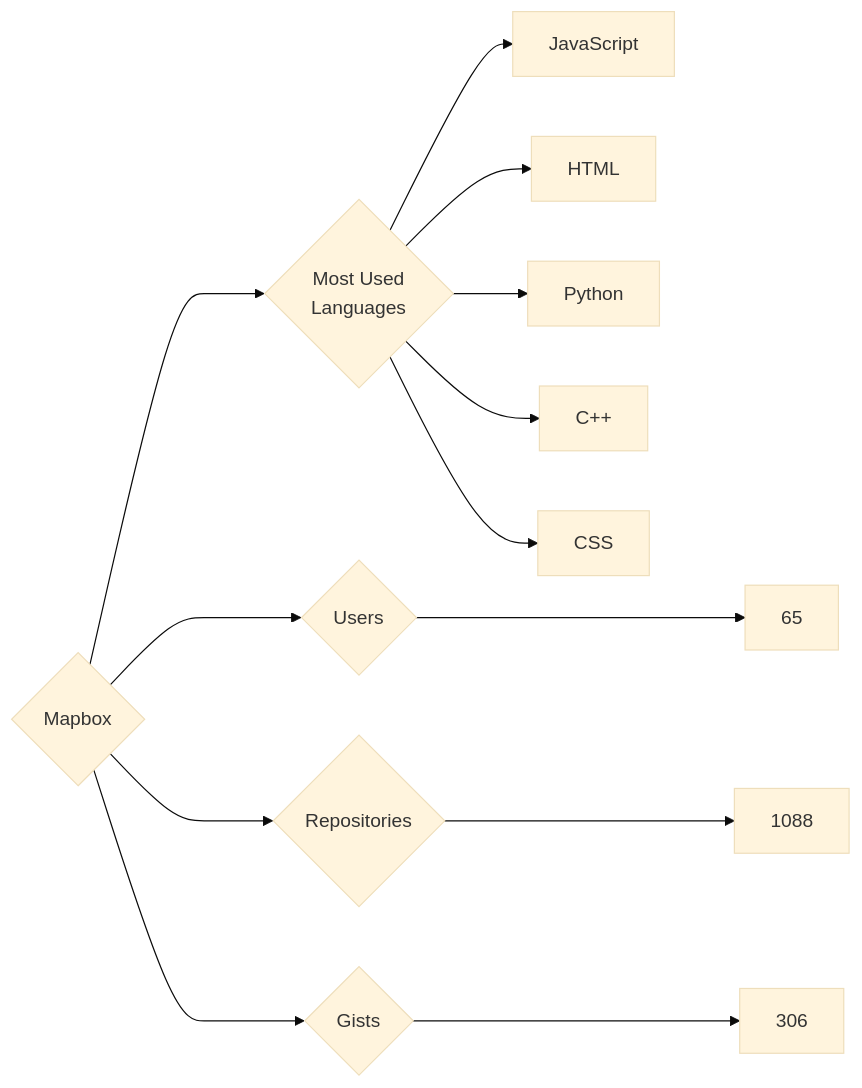
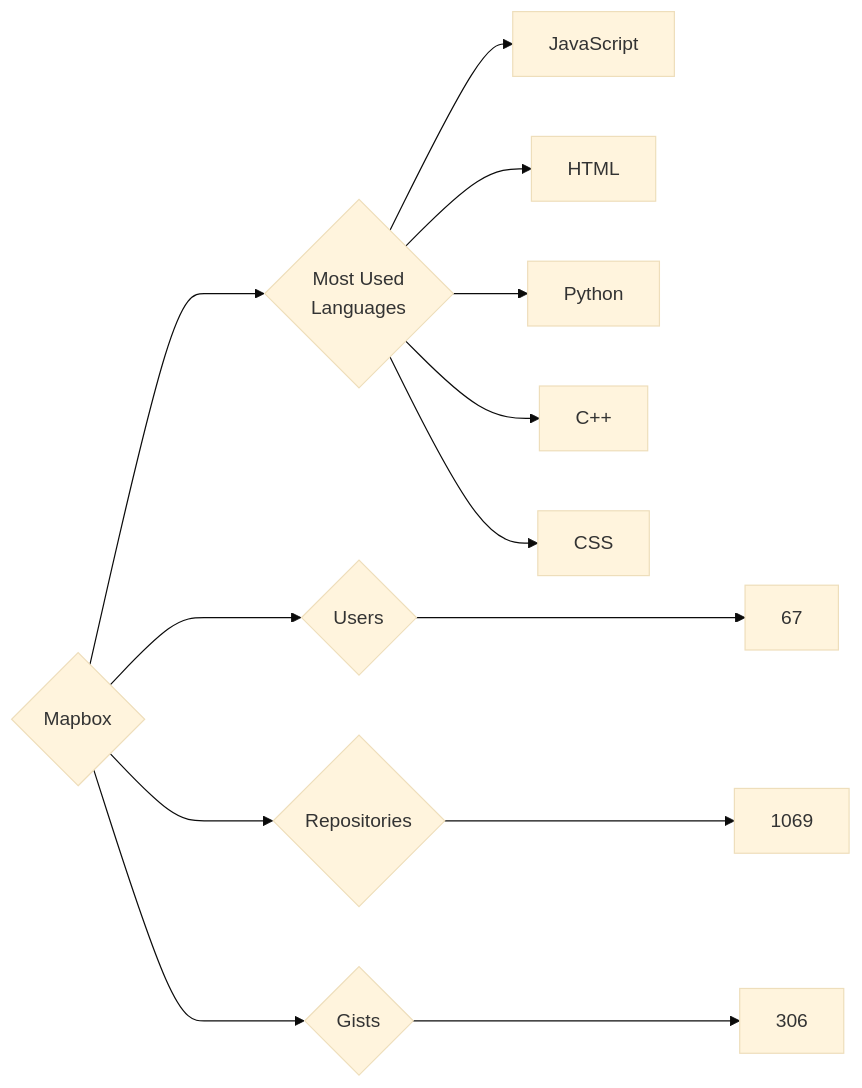
One commit to trickest/insiders changed the diagram in targets/Mapbox/README.md. Above: the diagram before and after it, drawn with Mermaid (base theme). The commit also changed 1084 other files, not shown here.

````diff
--- a/targets/Mapbox/README.md
+++ b/targets/Mapbox/README.md
@@ -3,13 +3,13 @@
 ```mermaid
 graph LR
 COMPANY_NAME{Mapbox}
-COMPANY_NAME ---> U{Users} ---> UN[65]
-COMPANY_NAME ---> R{Repositories} ---> RN[1088]
+COMPANY_NAME ---> U{Users} ---> UN[67]
+COMPANY_NAME ---> R{Repositories} ---> RN[1069]
 COMPANY_NAME ---> G{Gists} ---> GN[306]
 COMPANY_NAME ---> ML{Most Used<br>Languages}
 ML --> JavaScript[JavaScript]
 ML --> HTML[HTML]
 ML --> Python[Python]
 ML --> C++[C++]
 ML --> CSS[CSS]
 ```
````
